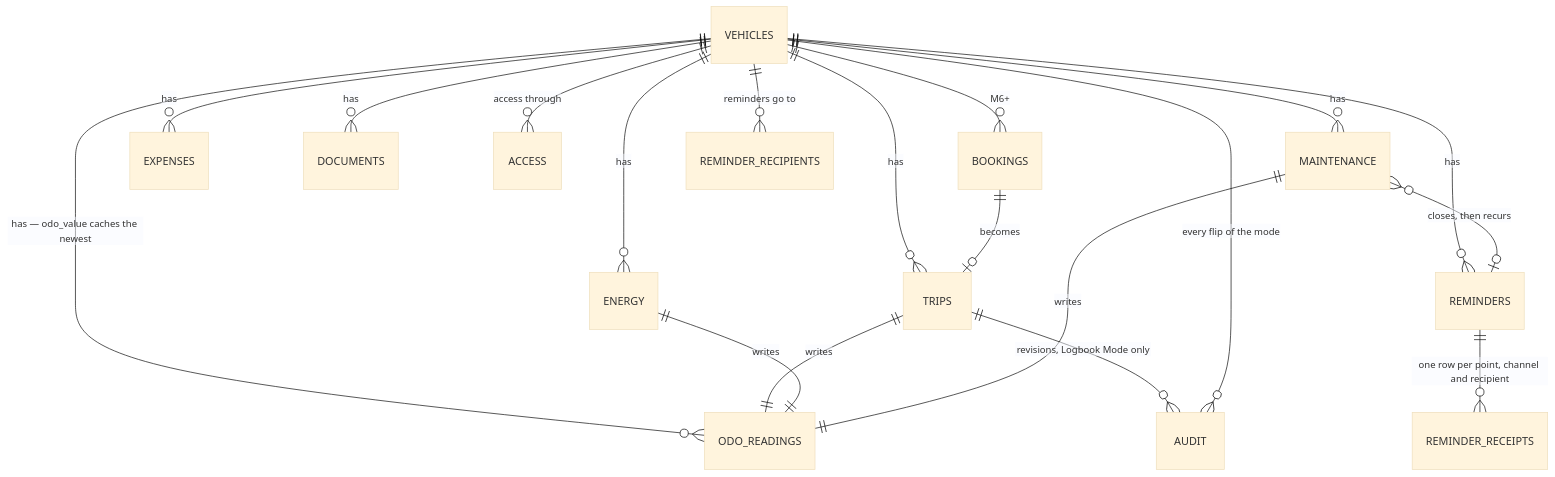
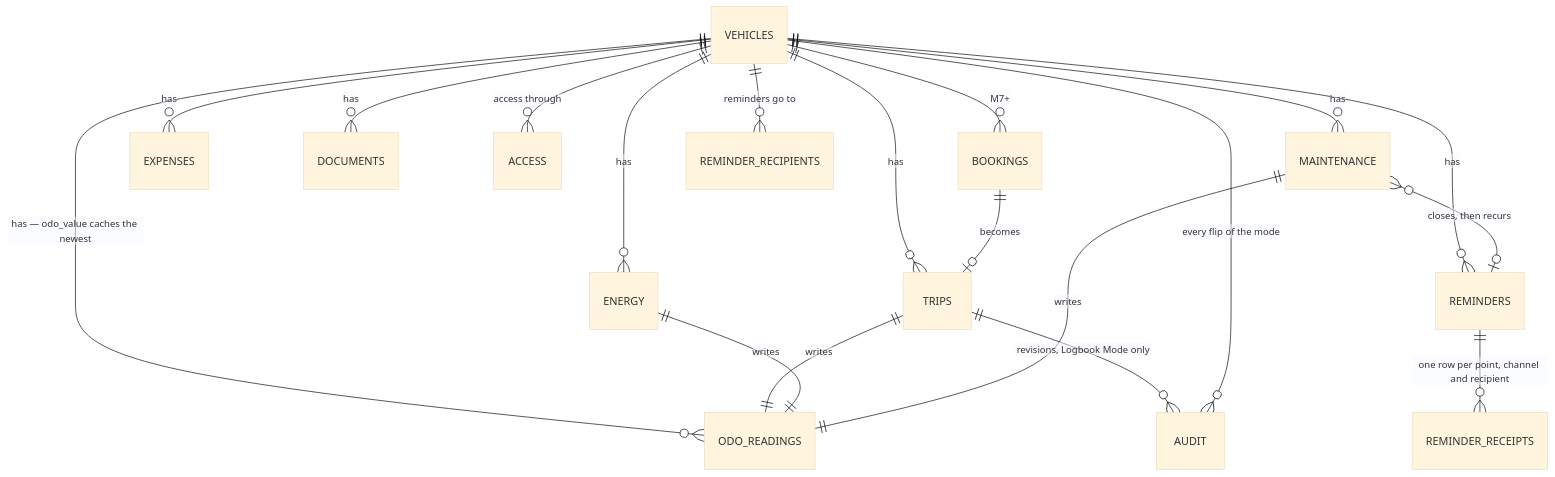
Before and after one commit to typical42/next-fleet: the diagram in docs/architecture.md, drawn with Mermaid (base theme). The commit also changed other lines of this file and 33 other files, not shown here.

````diff
--- a/docs/architecture.md
+++ b/docs/architecture.md
@@ -32,21 +32,21 @@
 ```mermaid
 erDiagram
     VEHICLES ||--o{ ODO_READINGS : "has — odo_value caches the newest"
     VEHICLES ||--o{ TRIPS : has
     VEHICLES ||--o{ ENERGY : has
     VEHICLES ||--o{ MAINTENANCE : has
     VEHICLES ||--o{ EXPENSES : has
     VEHICLES ||--o{ REMINDERS : has
     VEHICLES ||--o{ DOCUMENTS : has
     VEHICLES ||--o{ ACCESS : "access through"
-    VEHICLES ||--o{ BOOKINGS : "M6+"
+    VEHICLES ||--o{ BOOKINGS : "M7+"
     TRIPS ||--|| ODO_READINGS : writes
     ENERGY ||--|| ODO_READINGS : writes
     MAINTENANCE ||--|| ODO_READINGS : writes
     MAINTENANCE }o--o| REMINDERS : "closes, then recurs"
     REMINDERS ||--o{ REMINDER_RECEIPTS : "one row per point, channel and recipient"
     VEHICLES ||--o{ REMINDER_RECIPIENTS : "reminders go to"
     BOOKINGS ||--o| TRIPS : becomes
     TRIPS ||--o{ AUDIT : "revisions, Logbook Mode only"
     VEHICLES ||--o{ AUDIT : "every flip of the mode"
 ```
````
